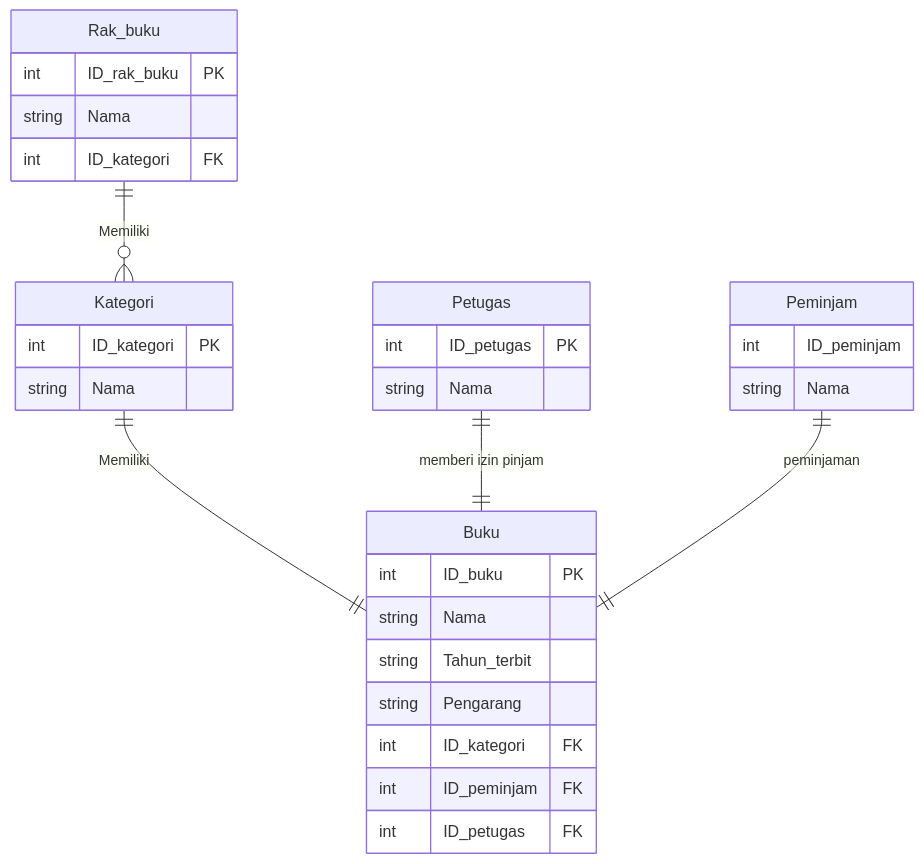
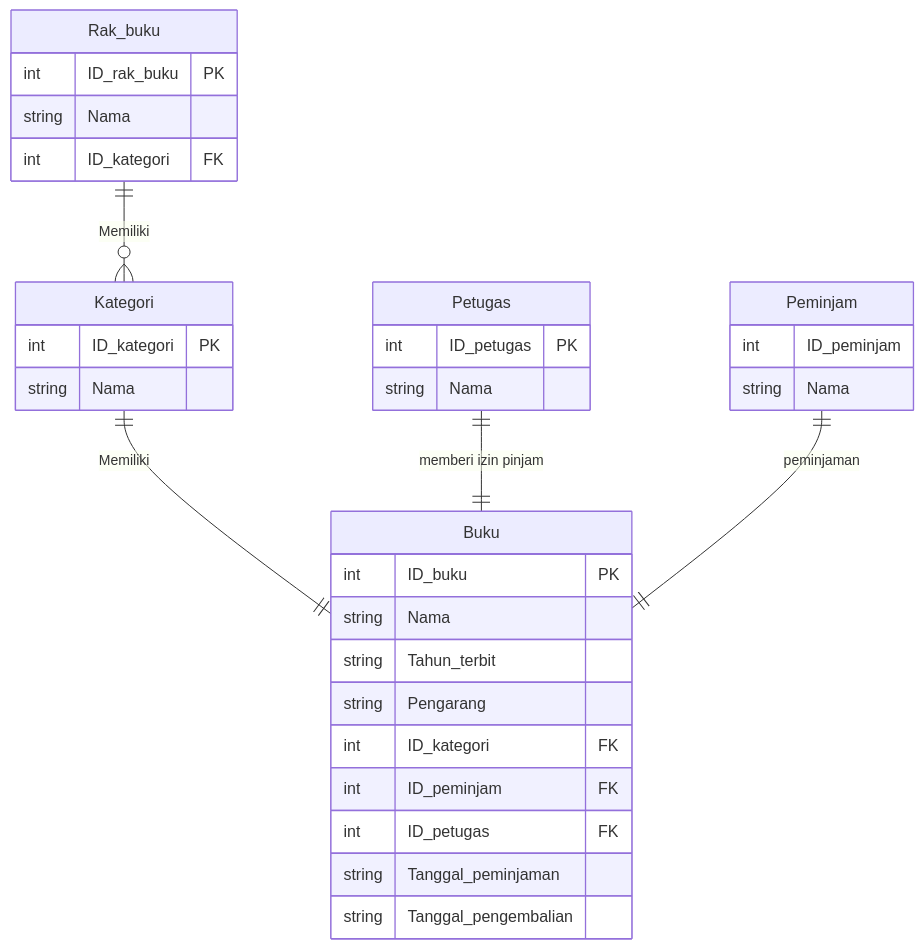
The diagram in erdLibrary.md (hilmy07/koda-b6-db1), drawn with Mermaid before and after one commit.

Commit message:
fix: update attribute in book entity

````diff
--- a/erdLibrary.md
+++ b/erdLibrary.md
@@ -1,41 +1,43 @@
 ```mermaid
 ---
 id: a4643532-e86a-4172-a145-7a93d8150bd9
 ---
 erDiagram
 
     Rak_buku ||--o{ Kategori : "Memiliki"
     Rak_buku {
         int ID_rak_buku PK
         string Nama
         int ID_kategori FK
     }
 
     Kategori || -- || Buku : "Memiliki"
     Kategori {
         int ID_kategori PK
         string Nama
     }
 
     Buku {
         int ID_buku PK
         string Nama
         string Tahun_terbit
         string Pengarang
         int ID_kategori FK
         int ID_peminjam FK
         int ID_petugas FK
+        string Tanggal_peminjaman
+        string Tanggal_pengembalian
     }
 
     Petugas || -- || Buku : "memberi izin pinjam"
     Petugas {
         int ID_petugas PK
         string Nama
     }
 
     Peminjam || -- || Buku : "peminjaman"
     Peminjam {
         int ID_peminjam
         string Nama
     }
 ```
````
